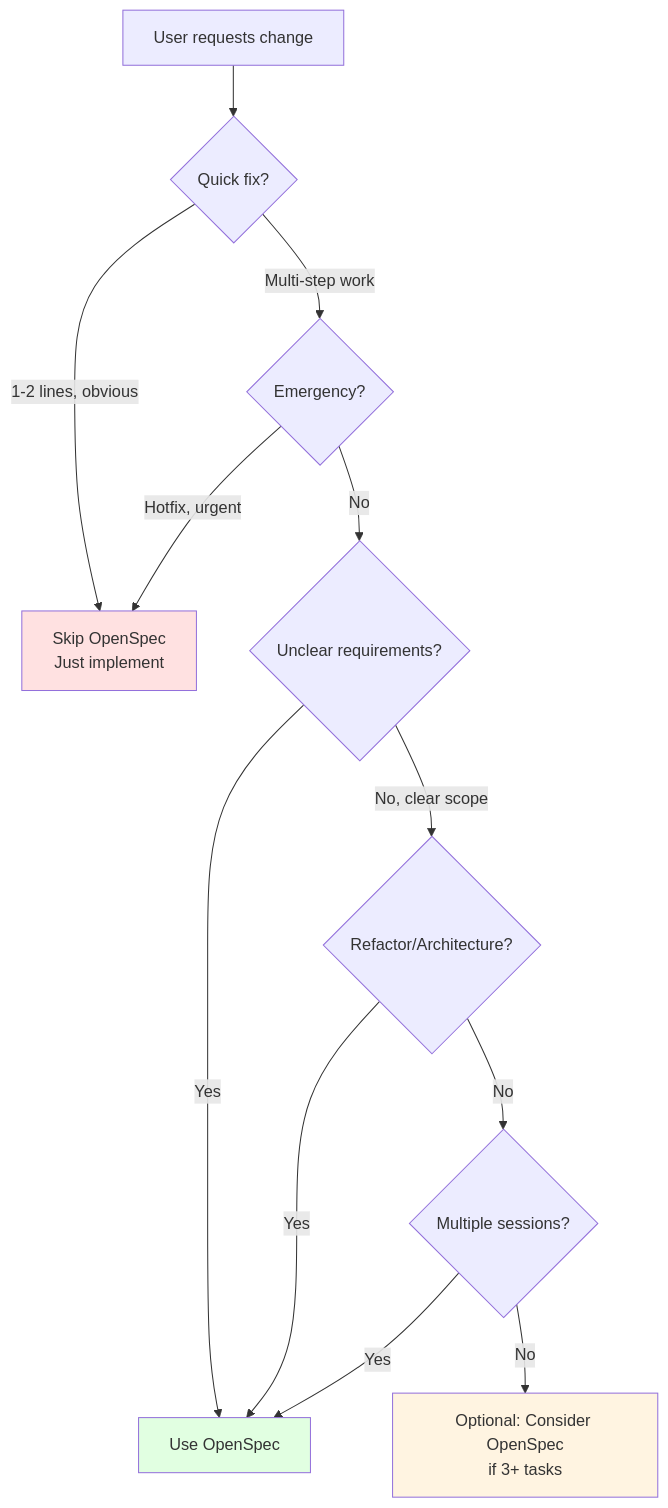
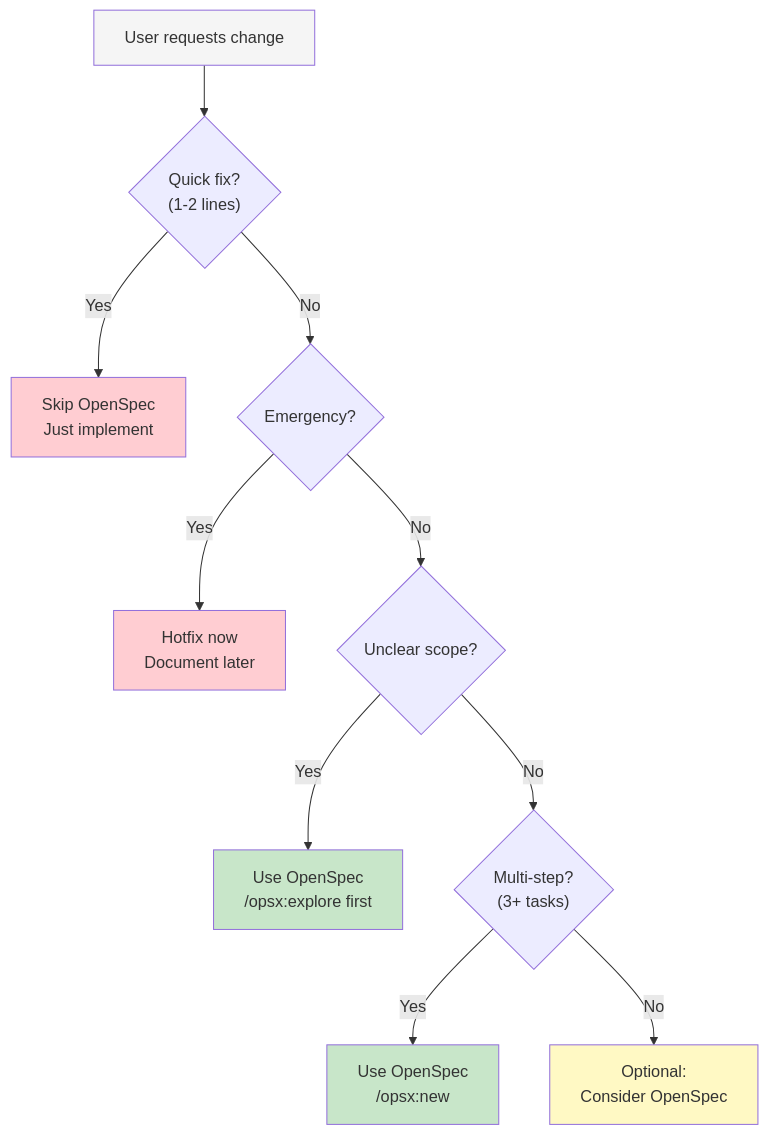
One commit to amauryconstant/openspec-extended changed the ninth of 10 diagrams in resources/claude/skills/openspec-concepts/SKILL.md. Above: the diagram before and after it, drawn with Mermaid. The commit also changed other lines of this file and 31 other files, not shown here.

````diff
--- a/resources/claude/skills/openspec-concepts/SKILL.md
+++ b/resources/claude/skills/openspec-concepts/SKILL.md
@@ -91,22 +444,35 @@
 ```mermaid
-graph TD
-    A[User requests change] --> B{Quick fix?}
-    B -->|1-2 lines, obvious| C[Skip OpenSpec<br/>Just implement]
-    B -->|Multi-step work| D{Emergency?}
-
-    D -->|Hotfix, urgent| C
-    D -->|No| E{Unclear requirements?}
-
-    E -->|Yes| F[Use OpenSpec]
-    E -->|No, clear scope| G{Refactor/Architecture?}
-
-    G -->|Yes| F
-    G -->|No| H{Multiple sessions?}
-
-    H -->|Yes| F
-    H -->|No| I[Optional: Consider OpenSpec<br/>if 3+ tasks]
-
-    style C fill:#ffe1e1
-    style F fill:#e1ffe1
-    style I fill:#fff4e1
+graph TB
+    start["User requests change"]
+    
+    q1{"Quick fix?<br/>(1-2 lines)"}
+    skip1["Skip OpenSpec<br/>Just implement"]
+    
+    q2{"Emergency?"}
+    skip2["Hotfix now<br/>Document later"]
+    
+    q3{"Unclear scope?"}
+    use1["Use OpenSpec<br/>/opsx:explore first"]
+    
+    q4{"Multi-step?<br/>(3+ tasks)"}
+    use2["Use OpenSpec<br/>/opsx:new"]
+    
+    optional["Optional:<br/>Consider OpenSpec"]
+    
+    start --> q1
+    q1 -->|"Yes"| skip1
+    q1 -->|"No"| q2
+    q2 -->|"Yes"| skip2
+    q2 -->|"No"| q3
+    q3 -->|"Yes"| use1
+    q3 -->|"No"| q4
+    q4 -->|"Yes"| use2
+    q4 -->|"No"| optional
+    
+    style start fill:#f5f5f5
+    style skip1 fill:#ffcdd2
+    style skip2 fill:#ffcdd2
+    style use1 fill:#c8e6c9
+    style use2 fill:#c8e6c9
+    style optional fill:#fff9c4
 ```
````
